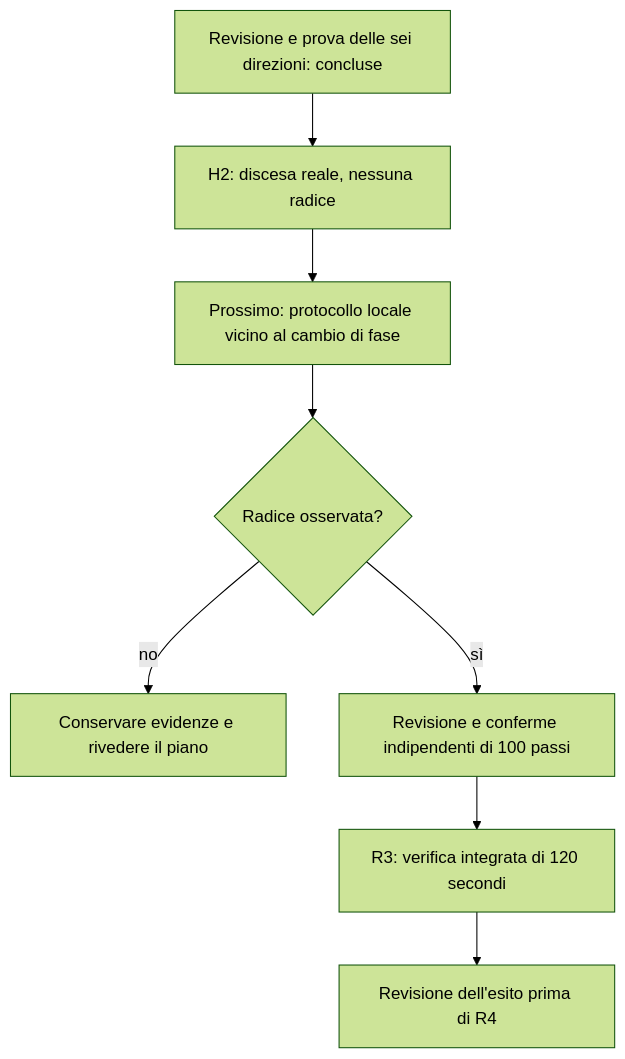
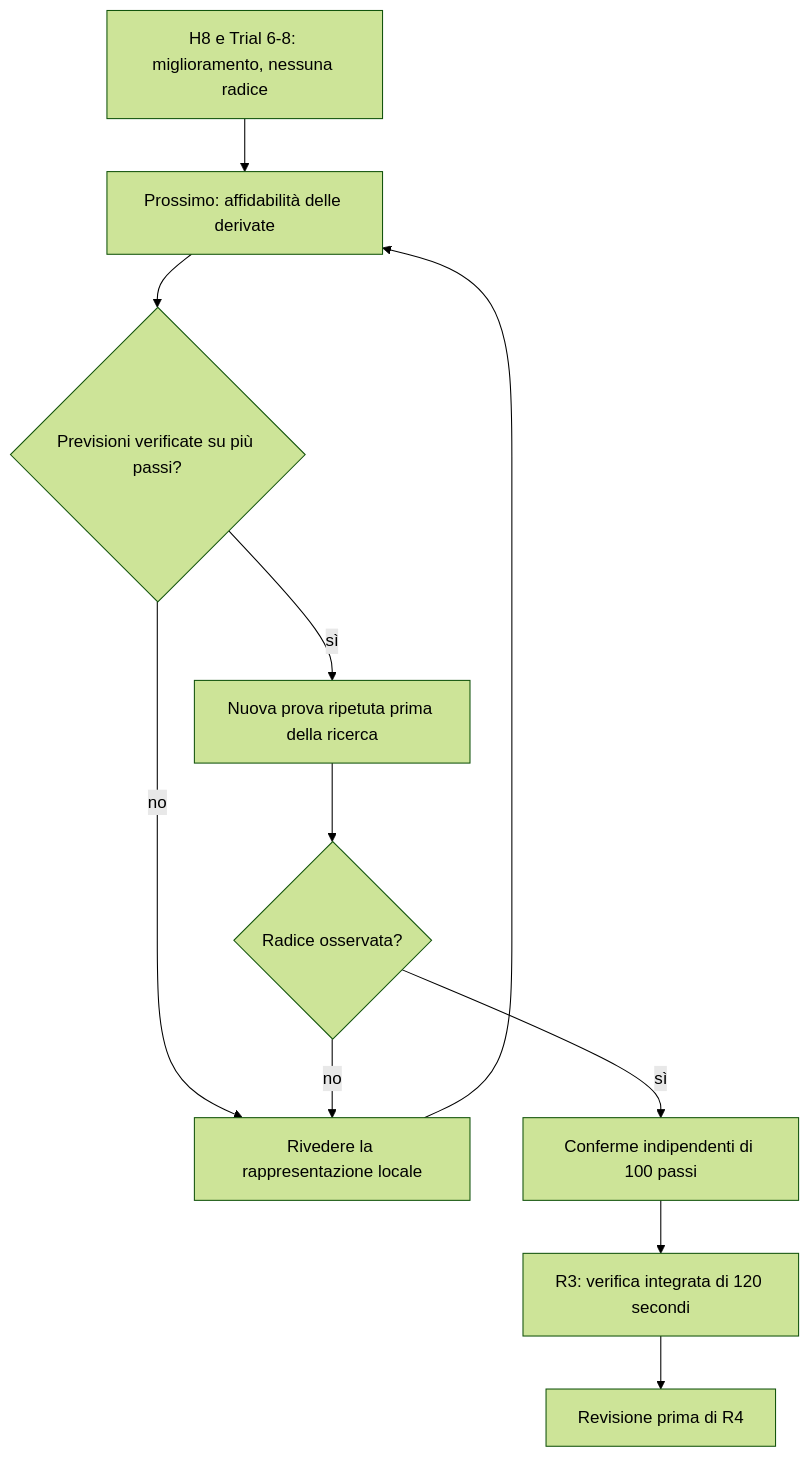
One commit to archistico/NuclearReactorSimulator changed the first of 2 diagrams in docs/ROADMAP.md. Above: the diagram before and after it, drawn with Mermaid (forest theme). The commit also changed other lines of this file and 197 other files, not shown here.

````diff
--- a/docs/ROADMAP.md
+++ b/docs/ROADMAP.md
@@ -61,10 +57,13 @@
 ```mermaid
 flowchart TD
-    A["Revisione e prova delle sei direzioni: concluse"] --> B["H2: discesa reale, nessuna radice"]
-    B --> C["Prossimo: protocollo locale vicino al cambio di fase"]
-    C --> D{"Radice osservata?"}
-    D -->|"no"| S["Conservare evidenze e rivedere il piano"]
-    D -->|"sì"| E["Revisione e conferme indipendenti di 100 passi"]
-    E --> F["R3: verifica integrata di 120 secondi"]
-    F --> G["Revisione dell'esito prima di R4"]
+    A["H8 e Trial 6-8: miglioramento, nessuna radice"] --> B["Prossimo: affidabilità delle derivate"]
+    B --> C{"Previsioni verificate su più passi?"}
+    C -->|"no"| R["Rivedere la rappresentazione locale"]
+    R --> B
+    C -->|"sì"| D["Nuova prova ripetuta prima della ricerca"]
+    D --> E{"Radice osservata?"}
+    E -->|"no"| R
+    E -->|"sì"| F["Conferme indipendenti di 100 passi"]
+    F --> G["R3: verifica integrata di 120 secondi"]
+    G --> H["Revisione prima di R4"]
 ```
````
